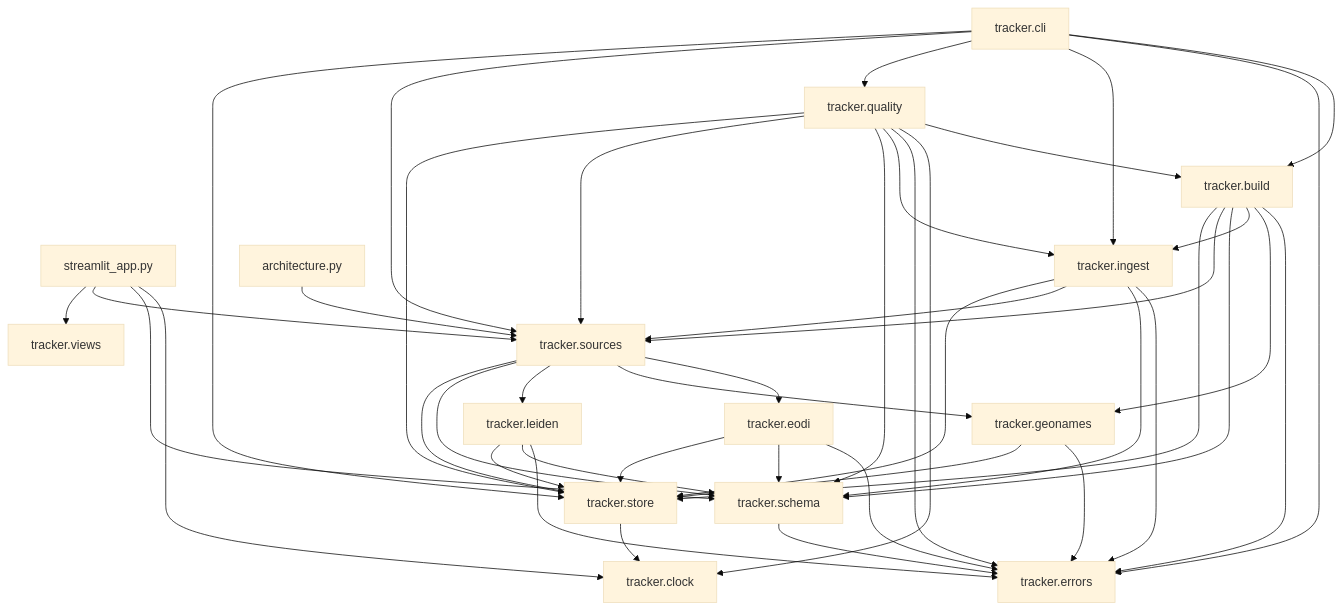
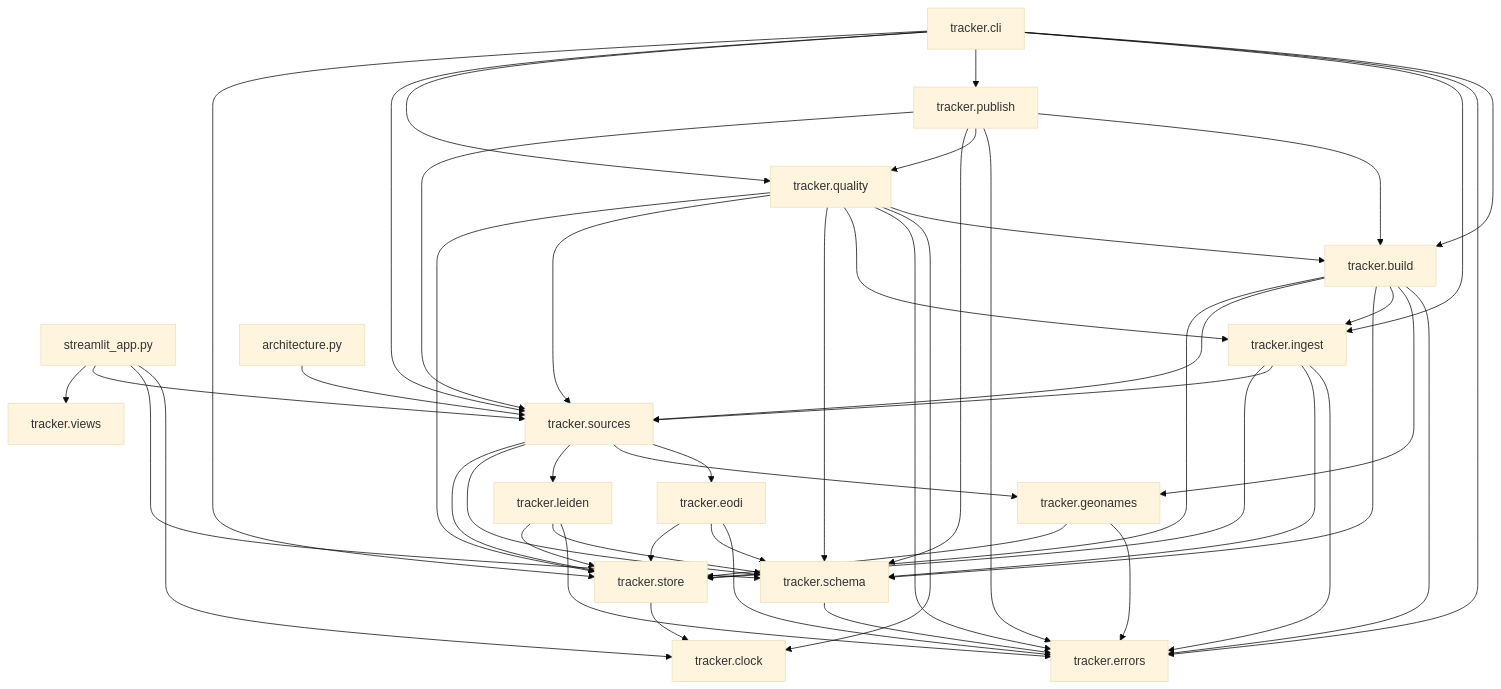
One commit to tryph0n/hybrid-tracker changed the third of 3 diagrams in docs/architecture.md. Above: the diagram before and after it, drawn with Mermaid (base theme). The commit also changed other lines of this file and 11 other files, not shown here.

````diff
--- a/docs/architecture.md
+++ b/docs/architecture.md
@@ -151,61 +153,68 @@
 ```mermaid
 flowchart TB
   module_streamlit_app_py["streamlit_app.py"]
   module_tracker_build["tracker.build"]
   module_tracker_cli["tracker.cli"]
   module_tracker_clock["tracker.clock"]
   module_tracker_eodi["tracker.eodi"]
   module_tracker_errors["tracker.errors"]
   module_tracker_geonames["tracker.geonames"]
   module_tracker_ingest["tracker.ingest"]
   module_tracker_leiden["tracker.leiden"]
+  module_tracker_publish["tracker.publish"]
   module_tracker_quality["tracker.quality"]
   module_tracker_schema["tracker.schema"]
   module_tracker_sources["tracker.sources"]
   module_tracker_store["tracker.store"]
   module_tracker_views["tracker.views"]
   module_architecture_py["architecture.py"]
   module_streamlit_app_py --> module_tracker_clock
   module_streamlit_app_py --> module_tracker_schema
   module_streamlit_app_py --> module_tracker_sources
   module_streamlit_app_py --> module_tracker_views
   module_tracker_build --> module_tracker_errors
   module_tracker_build --> module_tracker_geonames
   module_tracker_build --> module_tracker_ingest
   module_tracker_build --> module_tracker_schema
   module_tracker_build --> module_tracker_sources
   module_tracker_build --> module_tracker_store
   module_tracker_cli --> module_tracker_build
   module_tracker_cli --> module_tracker_errors
   module_tracker_cli --> module_tracker_ingest
+  module_tracker_cli --> module_tracker_publish
   module_tracker_cli --> module_tracker_quality
   module_tracker_cli --> module_tracker_sources
   module_tracker_cli --> module_tracker_store
   module_tracker_eodi --> module_tracker_errors
   module_tracker_eodi --> module_tracker_schema
   module_tracker_eodi --> module_tracker_store
   module_tracker_geonames --> module_tracker_errors
   module_tracker_geonames --> module_tracker_store
   module_tracker_ingest --> module_tracker_errors
   module_tracker_ingest --> module_tracker_schema
   module_tracker_ingest --> module_tracker_sources
   module_tracker_ingest --> module_tracker_store
   module_tracker_leiden --> module_tracker_errors
   module_tracker_leiden --> module_tracker_schema
   module_tracker_leiden --> module_tracker_store
+  module_tracker_publish --> module_tracker_build
+  module_tracker_publish --> module_tracker_errors
+  module_tracker_publish --> module_tracker_quality
+  module_tracker_publish --> module_tracker_schema
+  module_tracker_publish --> module_tracker_sources
   module_tracker_quality --> module_tracker_build
   module_tracker_quality --> module_tracker_clock
   module_tracker_quality --> module_tracker_errors
   module_tracker_quality --> module_tracker_ingest
   module_tracker_quality --> module_tracker_schema
   module_tracker_quality --> module_tracker_sources
   module_tracker_quality --> module_tracker_store
   module_tracker_schema --> module_tracker_errors
   module_tracker_sources --> module_tracker_eodi
   module_tracker_sources --> module_tracker_geonames
   module_tracker_sources --> module_tracker_leiden
   module_tracker_sources --> module_tracker_schema
   module_tracker_sources --> module_tracker_store
   module_tracker_store --> module_tracker_clock
   module_architecture_py --> module_tracker_sources
 ```
````
